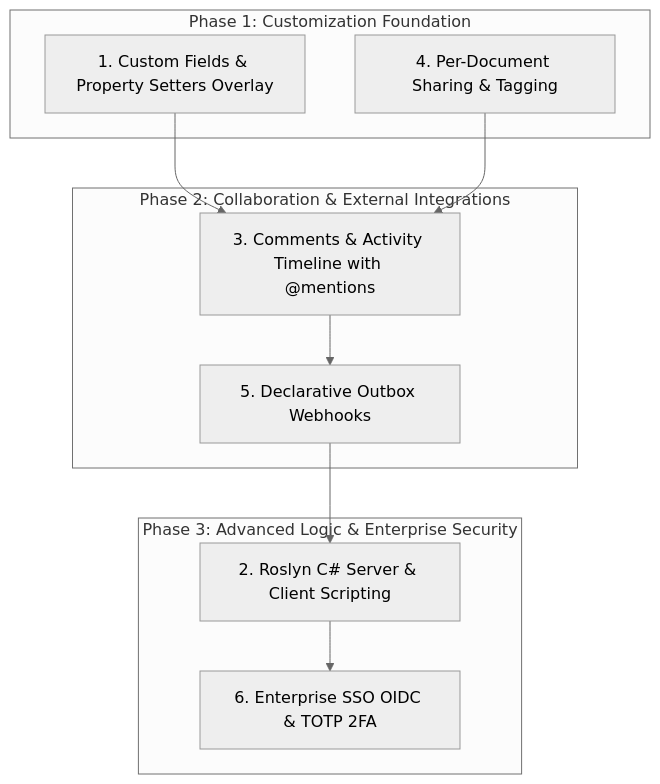
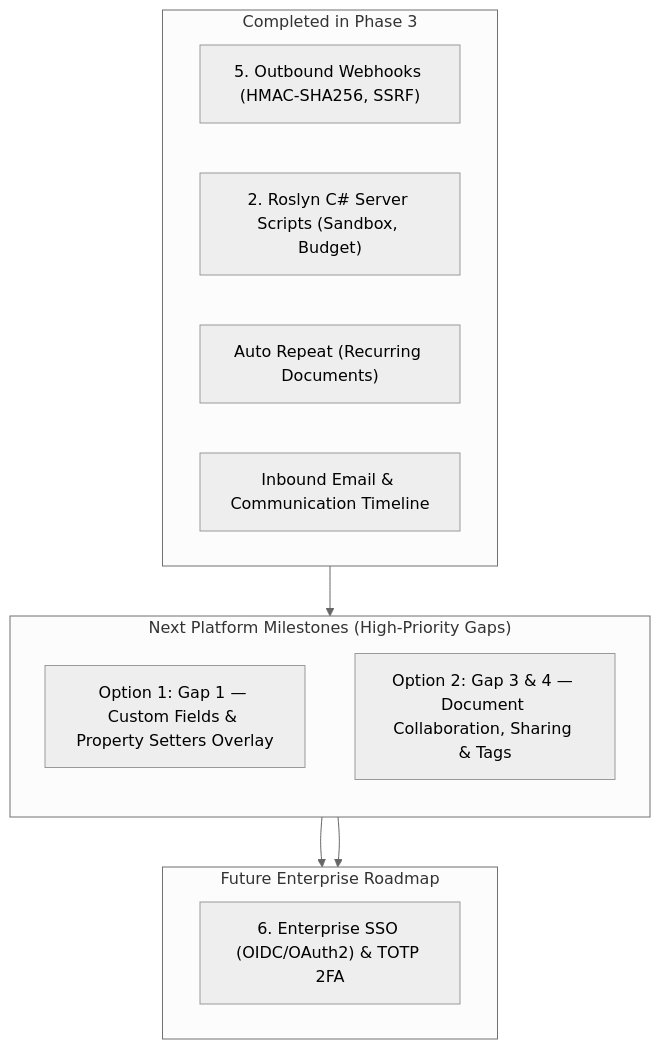
Before and after one commit to frogframework-admin/frogframe: the diagram in docs/high-priority-gaps.md, drawn with Mermaid (neutral theme). The commit also changed other lines of this file and 2 other files, not shown here.

Commit message:
docs: update high-priority gaps roadmap with Phase 3 completion and next milestones

````diff
--- a/docs/high-priority-gaps.md
+++ b/docs/high-priority-gaps.md
@@ -288,23 +328,23 @@
 ```mermaid
 flowchart TD
-    subgraph Phase 1: Customization Foundation
-        A[1. Custom Fields & Property Setters Overlay]
-        B[4. Per-Document Sharing & Tagging]
+    subgraph Done["Completed in Phase 3"]
+        W["5. Outbound Webhooks (HMAC-SHA256, SSRF)"]
+        S["2. Roslyn C# Server Scripts (Sandbox, Budget)"]
+        AR["Auto Repeat (Recurring Documents)"]
+        EM["Inbound Email & Communication Timeline"]
     end
 
-    subgraph Phase 2: Collaboration & External Integrations
-        C[3. Comments & Activity Timeline with @mentions]
-        D[5. Declarative Outbox Webhooks]
+    subgraph Next["Next Platform Milestones (High-Priority Gaps)"]
+        direction TB
+        M1["Option 1: Gap 1 — Custom Fields & Property Setters Overlay"]
+        M2["Option 2: Gap 3 & 4 — Document Collaboration, Sharing & Tags"]
     end
 
-    subgraph Phase 3: Advanced Logic & Enterprise Security
-        E[2. Roslyn C# Server & Client Scripting]
-        F[6. Enterprise SSO OIDC & TOTP 2FA]
+    subgraph Future["Future Enterprise Roadmap"]
+        SSO["6. Enterprise SSO (OIDC/OAuth2) & TOTP 2FA"]
     end
 
-    A --> C
-    B --> C
-    C --> D
-    D --> E
-    E --> F
+    Done --> Next
+    M1 --> Future
+    M2 --> Future
 ```
````
